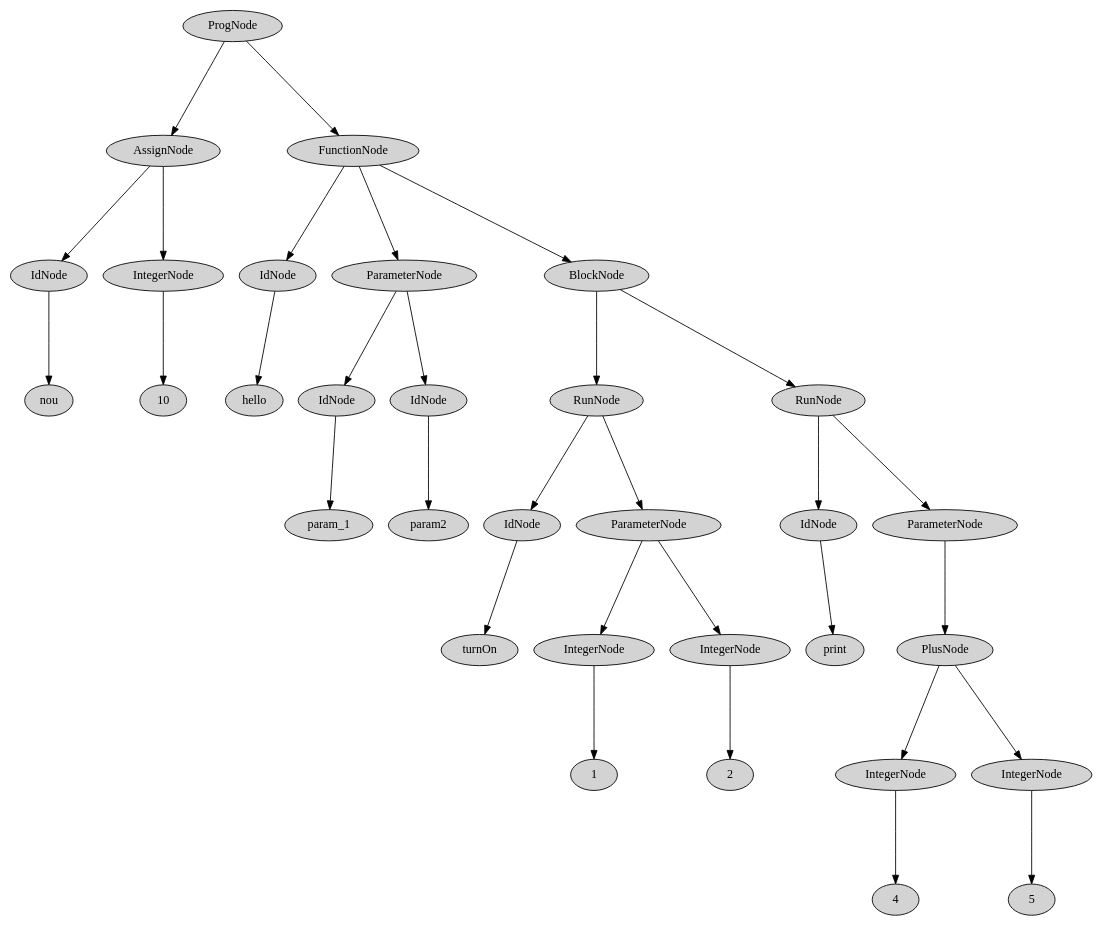
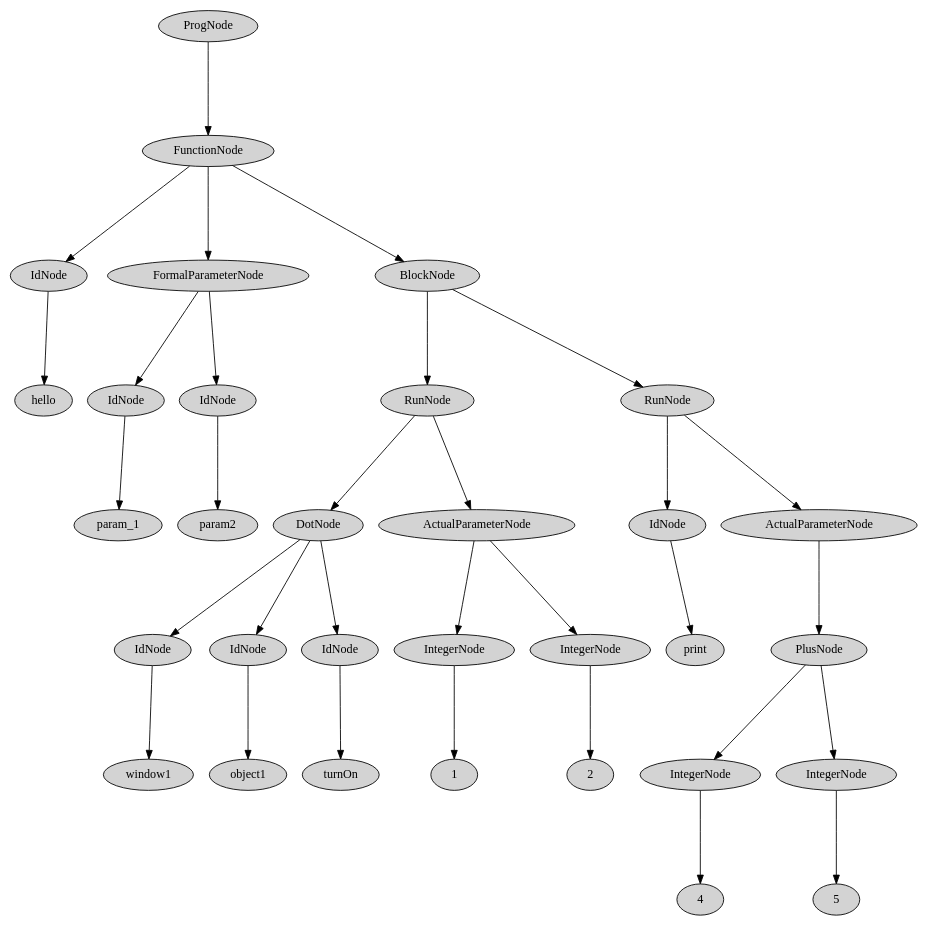
Before and after one commit to sabj17/Birdject: the diagram in src/AST.gv, drawn with Graphviz. The commit also changed 6 other files, not shown here.

```diff
--- a/src/AST.gv
+++ b/src/AST.gv
@@ -1,68 +1,68 @@
 digraph G {
 	graph [ranksep=1.5 ratio=fill]
 	node [style=filled]
 	overlap=false
-	2846698 [label=ProgNode]
-	8346787 [label=AssignNode]
-	2846698 -> 8346787
-	4594988 [label=IdNode]
-	8346787 -> 4594988
-	357310 [label=nou]
-	4594988 -> 357310
-	3085047 [label=IntegerNode]
-	8346787 -> 3085047
-	8508965 [label=10]
-	3085047 -> 8508965
-	4872636 [label=FunctionNode]
-	2846698 -> 4872636
-	1298972 [label=IdNode]
-	4872636 -> 1298972
-	7554266 [label=hello]
-	1298972 -> 7554266
-	5419993 [label=ParameterNode]
-	4872636 -> 5419993
-	4494642 [label=IdNode]
-	5419993 -> 4494642
-	9876403 [label=param_1]
-	4494642 -> 9876403
-	9596658 [label=IdNode]
-	5419993 -> 9596658
-	8172297 [label=param2]
-	9596658 -> 8172297
-	3886096 [label=BlockNode]
-	4872636 -> 3886096
-	877556 [label=RunNode]
-	3886096 -> 877556
-	7242773 [label=IdNode]
-	877556 -> 7242773
-	8237296 [label=turnOn]
-	7242773 -> 8237296
-	8480031 [label=ParameterNode]
-	877556 -> 8480031
-	2782280 [label=IntegerNode]
-	8480031 -> 2782280
-	9087116 [label=1]
-	2782280 -> 9087116
-	9253856 [label=IntegerNode]
-	8480031 -> 9253856
-	453194 [label=2]
-	9253856 -> 453194
-	1810624 [label=RunNode]
-	3886096 -> 1810624
-	3453624 [label=IdNode]
-	1810624 -> 3453624
-	2331877 [label=print]
-	3453624 -> 2331877
-	9602237 [label=ParameterNode]
-	1810624 -> 9602237
-	4409407 [label=PlusNode]
-	9602237 -> 4409407
-	9278765 [label=IntegerNode]
-	4409407 -> 9278765
-	9496264 [label=4]
-	9278765 -> 9496264
-	4314550 [label=IntegerNode]
-	4409407 -> 4314550
-	957054 [label=5]
-	4314550 -> 957054
+	4453226 [label=ProgNode]
+	2620814 [label=FunctionNode]
+	4453226 -> 2620814
+	1835991 [label=IdNode]
+	2620814 -> 1835991
+	1614594 [label=hello]
+	1835991 -> 1614594
+	7948539 [label=FormalParameterNode]
+	2620814 -> 7948539
+	4013415 [label=IdNode]
+	7948539 -> 4013415
+	8932300 [label=param_1]
+	4013415 -> 8932300
+	2792147 [label=IdNode]
+	7948539 -> 2792147
+	6460580 [label=param2]
+	2792147 -> 6460580
+	8778379 [label=BlockNode]
+	2620814 -> 8778379
+	4814859 [label=RunNode]
+	8778379 -> 4814859
+	9137829 [label=DotNode]
+	4814859 -> 9137829
+	7250695 [label=IdNode]
+	9137829 -> 7250695
+	7508261 [label=window1]
+	7250695 -> 7508261
+	9879068 [label=IdNode]
+	9137829 -> 9879068
+	2593318 [label=object1]
+	9879068 -> 2593318
+	1069447 [label=IdNode]
+	9137829 -> 1069447
+	4126567 [label=turnOn]
+	1069447 -> 4126567
+	5323999 [label=ActualParameterNode]
+	4814859 -> 5323999
+	766867 [label=IntegerNode]
+	5323999 -> 766867
+	9552241 [label=1]
+	766867 -> 9552241
+	9248544 [label=IntegerNode]
+	5323999 -> 9248544
+	845792 [label=2]
+	9248544 -> 845792
+	6592121 [label=RunNode]
+	8778379 -> 6592121
+	8220224 [label=IdNode]
+	6592121 -> 8220224
+	4462482 [label=print]
+	8220224 -> 4462482
+	5637851 [label=ActualParameterNode]
+	6592121 -> 5637851
+	4916158 [label=PlusNode]
+	5637851 -> 4916158
+	7307797 [label=IntegerNode]
+	4916158 -> 7307797
+	2172085 [label=4]
+	7307797 -> 2172085
+	1736962 [label=IntegerNode]
+	4916158 -> 1736962
+	7001975 [label=5]
+	1736962 -> 7001975
 }
```
